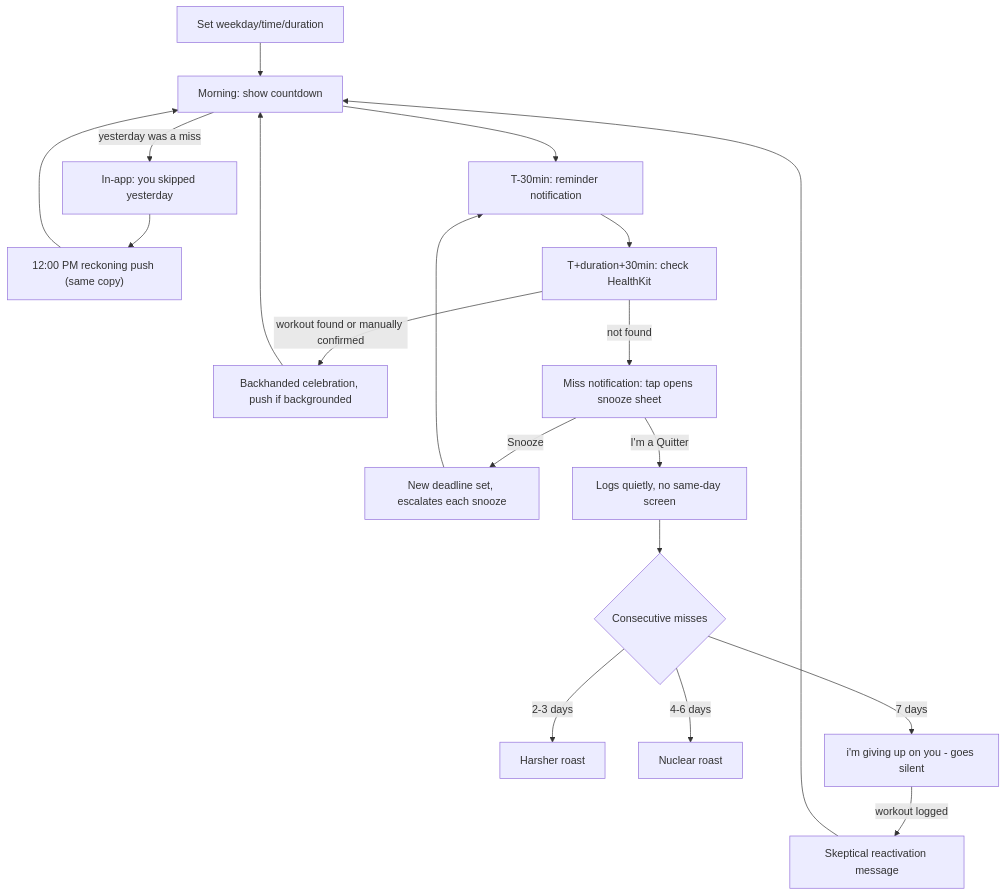
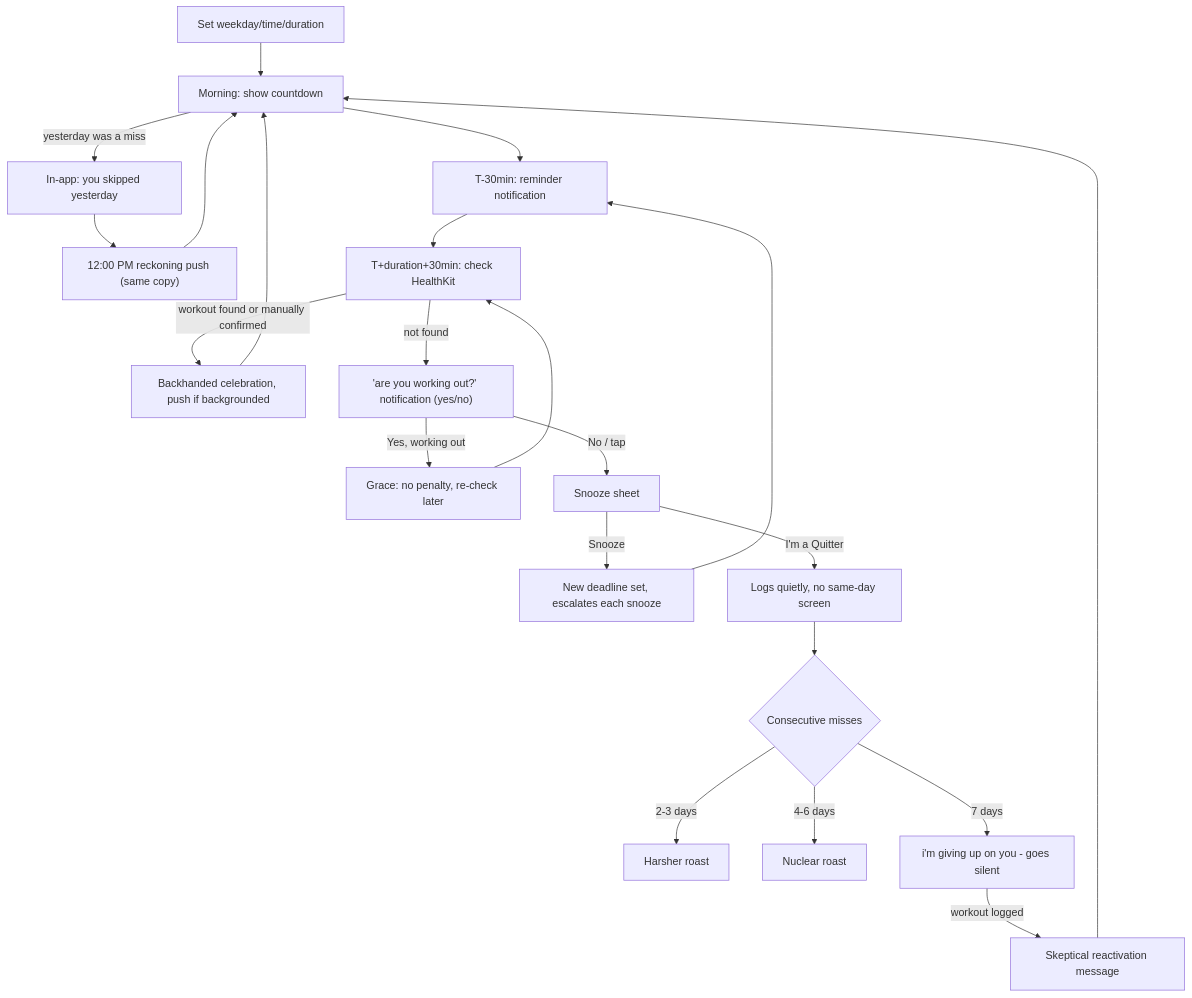
Before and after one commit to tvnquinn/broiled: the diagram in plan.md, drawn with Mermaid. The commit also changed other lines of this file and 9 other files, not shown here.

````diff
--- a/plan.md
+++ b/plan.md
@@ -122,20 +122,22 @@
 ```mermaid
 flowchart TD
   setup[Set weekday/time/duration] --> morning[Morning: show countdown]
   morning -->|yesterday was a miss| reckoning["In-app: you skipped yesterday"]
   reckoning --> noonPush["12:00 PM reckoning push (same copy)"]
   noonPush --> morning
   morning --> preReminder["T-30min: reminder notification"]
   preReminder --> checkTime["T+duration+30min: check HealthKit"]
   checkTime -->|workout found or manually confirmed| success[Backhanded celebration, push if backgrounded]
-  checkTime -->|not found| missNotif["Miss notification: tap opens snooze sheet"]
-  missNotif -->|Snooze| snoozeInsult[New deadline set, escalates each snooze] --> preReminder
-  missNotif -->|"I'm a Quitter"| quietFail[Logs quietly, no same-day screen]
+  checkTime -->|not found| missNotif["'are you working out?' notification (yes/no)"]
+  missNotif -->|"Yes, working out"| grace[Grace: no penalty, re-check later] --> checkTime
+  missNotif -->|"No" / tap| snoozeSheet[Snooze sheet]
+  snoozeSheet -->|Snooze| snoozeInsult[New deadline set, escalates each snooze] --> preReminder
+  snoozeSheet -->|"I'm a Quitter"| quietFail[Logs quietly, no same-day screen]
   quietFail --> streak{Consecutive misses}
   streak -->|2-3 days| harsher[Harsher roast]
   streak -->|4-6 days| nuclear[Nuclear roast]
   streak -->|7 days| givingUp["i'm giving up on you" - goes silent]
   givingUp -->|workout logged| reactivate[Skeptical reactivation message]
   reactivate --> morning
   success --> morning
 ```
````
